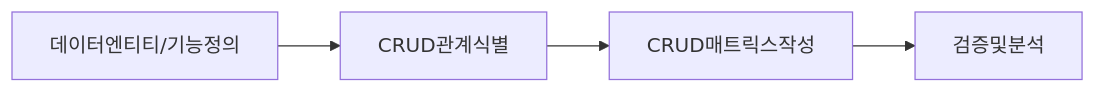
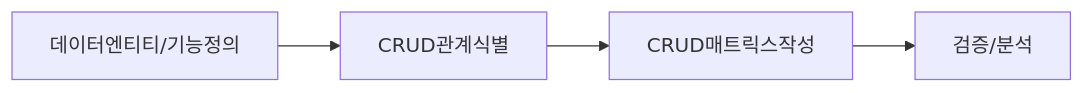
The diagram in blog/pe/db/crud-matrix.md (gracefullight/gracefullight.github.io), drawn with Mermaid before and after one commit. The commit also changed other lines of this file and 18 other files, not shown here.

````diff
--- a/blog/pe/db/crud-matrix.md
+++ b/blog/pe/db/crud-matrix.md
@@ -20,4 +20,4 @@
 ```mermaid
 graph LR
-  데이터엔티티/기능정의 --> CRUD관계식별 --> CRUD매트릭스작성 --> 검증및분석
+  데이터엔티티/기능정의 --> CRUD관계식별 --> CRUD매트릭스작성 --> 검증/분석
 ```
````
